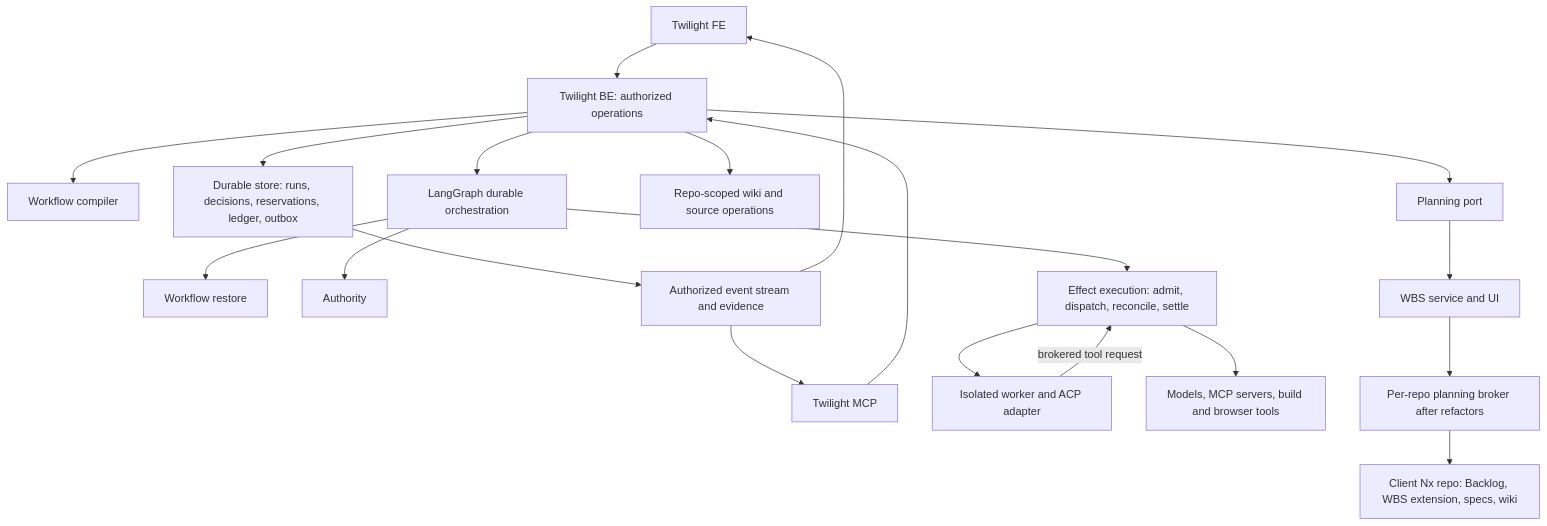
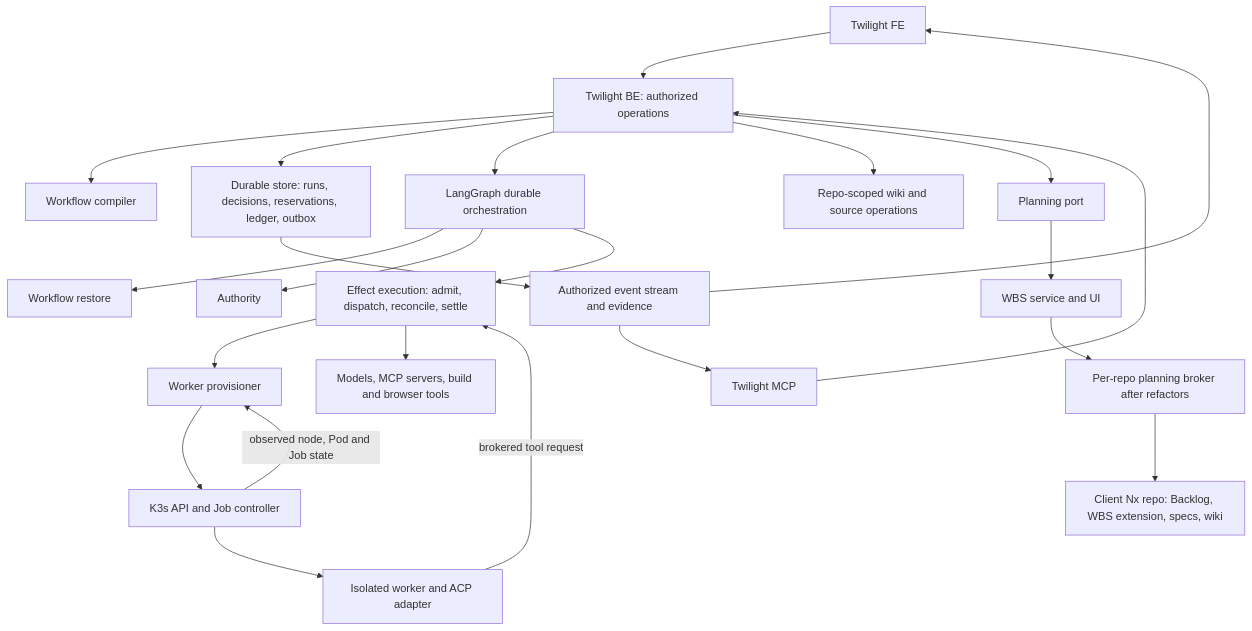
Before and after one commit to Prosperous-Unification/puni-00: the diagram in openspec/changes/twilight-control-plane/design.md, drawn with Mermaid. The commit also changed other lines of this file and 12 other files, not shown here.

````diff
--- a/openspec/changes/twilight-control-plane/design.md
+++ b/openspec/changes/twilight-control-plane/design.md
@@ -17,22 +17,25 @@
 ```mermaid
 flowchart TD
   FE[Twilight FE] --> API[Twilight BE: authorized operations]
   MCP[Twilight MCP] --> API
   API --> Compiler[Workflow compiler]
   API --> Store[Durable store: runs, decisions, reservations, ledger, outbox]
   API --> Graph[LangGraph durable orchestration]
   Graph --> Restore[Workflow restore]
   Graph --> Authority
   Graph --> Effects[Effect execution: admit, dispatch, reconcile, settle]
-  Effects --> Worker[Isolated worker and ACP adapter]
+  Effects --> Provisioning[Worker provisioner]
+  Provisioning --> K3s[K3s API and Job controller]
+  K3s --> Worker[Isolated worker and ACP adapter]
+  K3s -- observed node, Pod and Job state --> Provisioning
   Worker -- brokered tool request --> Effects
   Effects --> External[Models, MCP servers, build and browser tools]
   API --> Knowledge[Repo-scoped wiki and source operations]
   API --> Planning[Planning port]
   Planning --> WBS[WBS service and UI]
   WBS --> Broker[Per-repo planning broker after refactors]
   Broker --> Repo[Client Nx repo: Backlog, WBS extension, specs, wiki]
   Store --> Events[Authorized event stream and evidence]
   Events --> FE
   Events --> MCP
 ```
````
